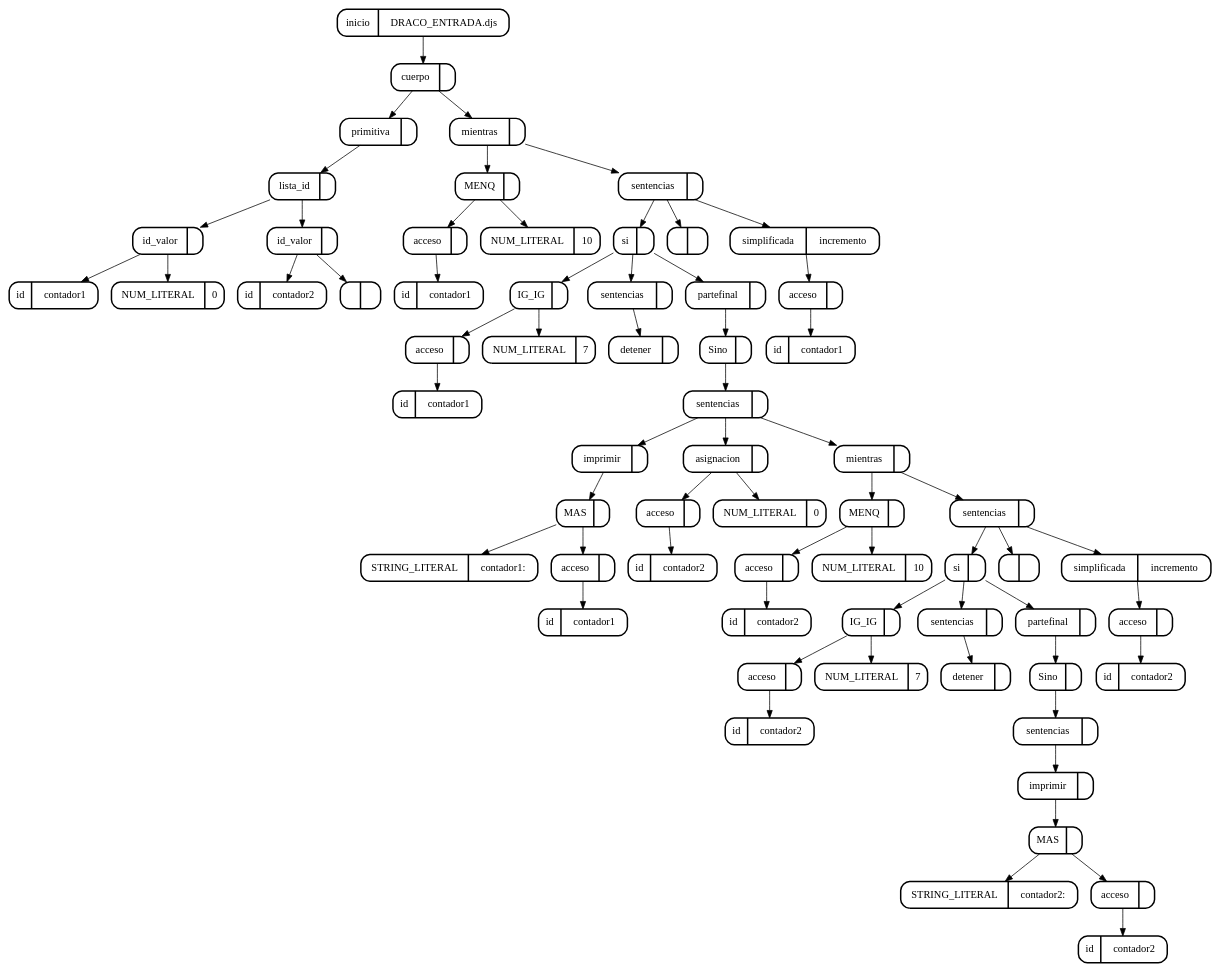
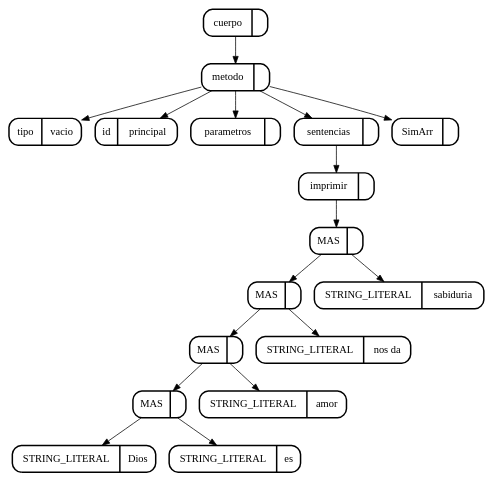
One commit to skrillfer/DracoScript changed the diagram in Script_DRACO/Imagenes/arbol_cjs.dot. Above: the diagram before and after it, drawn with Graphviz. The commit also changed 27 other files, not shown here.

```diff
--- a/Script_DRACO/Imagenes/arbol_cjs.dot
+++ b/Script_DRACO/Imagenes/arbol_cjs.dot
@@ -1,131 +1,37 @@
 digraph G {
 node[shape=Mrecord]
-64[label="inicio | DRACO_ENTRADA.djs",style=bold]
-9[label="cuerpo | ",style=bold]
-{64}->{9}
-8[label="primitiva | ",style=bold]
+17[label="cuerpo | ",style=bold]
+12[label="metodo | ",style=bold]
+{17}->{12}
+13[label="tipo | vacio",style=bold]
+{12}->{13}
+14[label="id | principal",style=bold]
+{12}->{14}
+15[label="parametros | ",style=bold]
+{12}->{15}
+11[label="sentencias | ",style=bold]
+{12}->{11}
+10[label="imprimir | ",style=bold]
+{11}->{10}
+9[label="MAS | ",style=bold]
+{10}->{9}
+7[label="MAS | ",style=bold]
+{9}->{7}
+5[label="MAS | ",style=bold]
+{7}->{5}
+3[label="MAS | ",style=bold]
+{5}->{3}
+1[label="STRING_LITERAL | Dios ",style=bold]
+{3}->{1}
+2[label="STRING_LITERAL | es ",style=bold]
+{3}->{2}
+4[label="STRING_LITERAL | amor",style=bold]
+{5}->{4}
+6[label="STRING_LITERAL |  nos da",style=bold]
+{7}->{6}
+8[label="STRING_LITERAL |  sabiduria",style=bold]
 {9}->{8}
-4[label="lista_id | ",style=bold]
-{8}->{4}
-2[label="id_valor | ",style=bold]
-{4}->{2}
-3[label="id | contador1",style=bold]
-{2}->{3}
-1[label="NUM_LITERAL | 0",style=bold]
-{2}->{1}
-6[label="id_valor | ",style=bold]
-{4}->{6}
-7[label="id | contador2",style=bold]
-{6}->{7}
-5[label=" | ",style=bold]
-{6}->{5}
-63[label="mientras | ",style=bold]
-{9}->{63}
-13[label="MENQ | ",style=bold]
-{63}->{13}
-11[label="acceso | ",style=bold]
-{13}->{11}
-10[label="id | contador1",style=bold]
-{11}->{10}
-12[label="NUM_LITERAL | 10",style=bold]
-{13}->{12}
-22[label="sentencias | ",style=bold]
-{63}->{22}
-21[label="si | ",style=bold]
-{22}->{21}
-17[label="IG_IG | ",style=bold]
-{21}->{17}
-15[label="acceso | ",style=bold]
-{17}->{15}
-14[label="id | contador1",style=bold]
-{15}->{14}
-16[label="NUM_LITERAL | 7",style=bold]
-{17}->{16}
-19[label="sentencias | ",style=bold]
-{21}->{19}
-18[label="detener | ",style=bold]
-{19}->{18}
-20[label="partefinal | ",style=bold]
-{21}->{20}
-58[label="Sino | ",style=bold]
-{20}->{58}
-28[label="sentencias | ",style=bold]
-{58}->{28}
-27[label="imprimir | ",style=bold]
-{28}->{27}
-26[label="MAS | ",style=bold]
-{27}->{26}
-23[label="STRING_LITERAL | contador1:",style=bold]
-{26}->{23}
-25[label="acceso | ",style=bold]
-{26}->{25}
-24[label="id | contador1",style=bold]
-{25}->{24}
-32[label="asignacion | ",style=bold]
-{28}->{32}
-30[label="acceso | ",style=bold]
-{32}->{30}
-29[label="id | contador2",style=bold]
-{30}->{29}
-31[label="NUM_LITERAL | 0",style=bold]
-{32}->{31}
-57[label="mientras | ",style=bold]
-{28}->{57}
-36[label="MENQ | ",style=bold]
-{57}->{36}
-34[label="acceso | ",style=bold]
-{36}->{34}
-33[label="id | contador2",style=bold]
-{34}->{33}
-35[label="NUM_LITERAL | 10",style=bold]
-{36}->{35}
-45[label="sentencias | ",style=bold]
-{57}->{45}
-44[label="si | ",style=bold]
-{45}->{44}
-40[label="IG_IG | ",style=bold]
-{44}->{40}
-38[label="acceso | ",style=bold]
-{40}->{38}
-37[label="id | contador2",style=bold]
-{38}->{37}
-39[label="NUM_LITERAL | 7",style=bold]
-{40}->{39}
-42[label="sentencias | ",style=bold]
-{44}->{42}
-41[label="detener | ",style=bold]
-{42}->{41}
-43[label="partefinal | ",style=bold]
-{44}->{43}
-52[label="Sino | ",style=bold]
-{43}->{52}
-51[label="sentencias | ",style=bold]
-{52}->{51}
-50[label="imprimir | ",style=bold]
-{51}->{50}
-49[label="MAS | ",style=bold]
-{50}->{49}
-46[label="STRING_LITERAL | contador2:",style=bold]
-{49}->{46}
-48[label="acceso | ",style=bold]
-{49}->{48}
-47[label="id | contador2",style=bold]
-{48}->{47}
-53[label=" | ",style=bold]
-{45}->{53}
-56[label="simplificada | incremento",style=bold]
-{45}->{56}
-55[label="acceso | ",style=bold]
-{56}->{55}
-54[label="id | contador2",style=bold]
-{55}->{54}
-59[label=" | ",style=bold]
-{22}->{59}
-62[label="simplificada | incremento",style=bold]
-{22}->{62}
-61[label="acceso | ",style=bold]
-{62}->{61}
-60[label="id | contador1",style=bold]
-{61}->{60}
+16[label="SimArr | ",style=bold]
+{12}->{16}
 
 }
```
